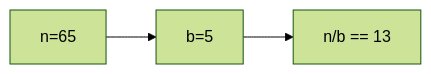
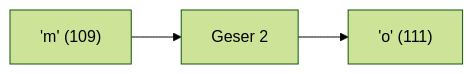
Diagram 17 of 25 in part-c-pemahaman-cpp/01-tipe-data/latihan/set-03.md (amnahwaida/OSNK_INF_PREP), drawn with Mermaid (forest theme) before and after one commit. The commit also changed other lines of this file and 71 other files, not shown here.

````diff
--- a/part-c-pemahaman-cpp/01-tipe-data/latihan/set-03.md
+++ b/part-c-pemahaman-cpp/01-tipe-data/latihan/set-03.md
@@ -485,5 +477,5 @@
 ```mermaid
 graph LR
-A["n=65"] --> B["b=5"]
-B --> C["n/b == 13"]
+A["'m' (109)"] --> B["Geser 2"]
+B --> C["'o' (111)"]
 ```
````
